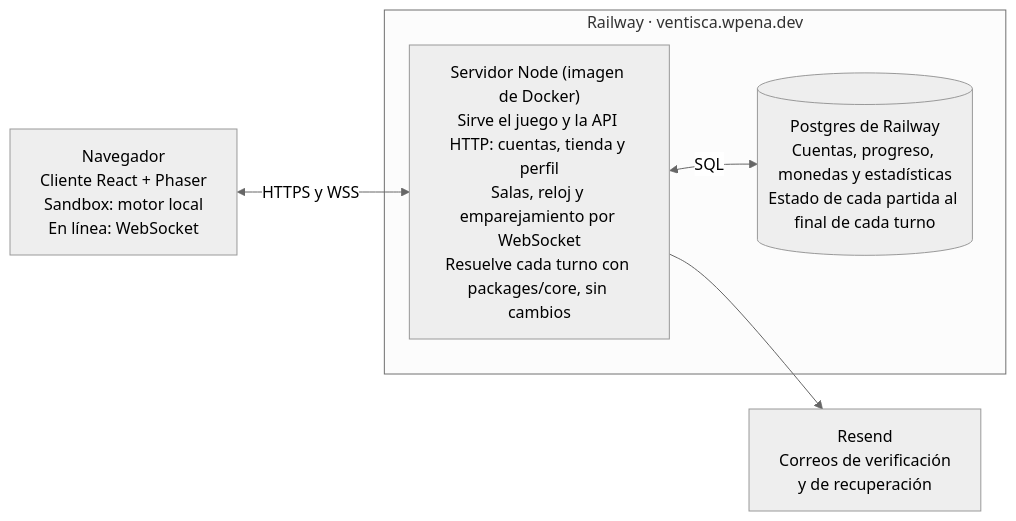
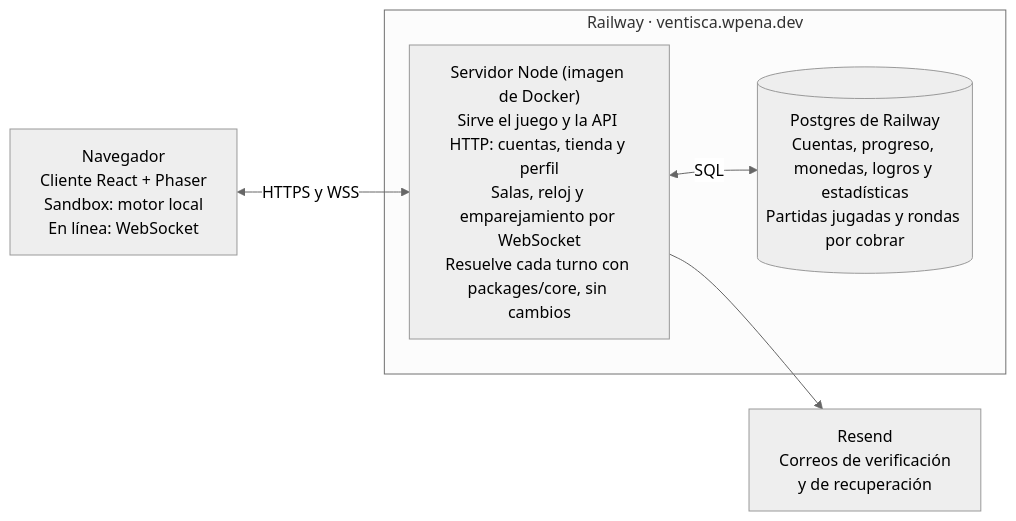
The diagram in docs/PRD-v2.md (ZyFalo/card-game-snow), drawn with Mermaid (neutral theme) before and after one commit. The commit also changed other lines of this file and 22 other files, not shown here.

````diff
--- a/docs/PRD-v2.md
+++ b/docs/PRD-v2.md
@@ -195,12 +198,12 @@
 ```mermaid
 flowchart LR
   nav["Navegador<br/>Cliente React + Phaser<br/>Sandbox: motor local<br/>En línea: WebSocket"]
   resend["Resend<br/>Correos de verificación<br/>y de recuperación"]
   subgraph railway["Railway · ventisca.wpena.dev"]
     srv["Servidor Node (imagen de Docker)<br/>Sirve el juego y la API HTTP: cuentas, tienda y perfil<br/>Salas, reloj y emparejamiento por WebSocket<br/>Resuelve cada turno con packages/core, sin cambios"]
-    pg[("Postgres de Railway<br/>Cuentas, progreso, monedas y estadísticas<br/>Estado de cada partida al final de cada turno")]
+    pg[("Postgres de Railway<br/>Cuentas, progreso, monedas, logros y estadísticas<br/>Partidas jugadas y rondas por cobrar")]
   end
   nav <-->|HTTPS y WSS| srv
   srv <-->|SQL| pg
   srv --> resend
 ```
````
